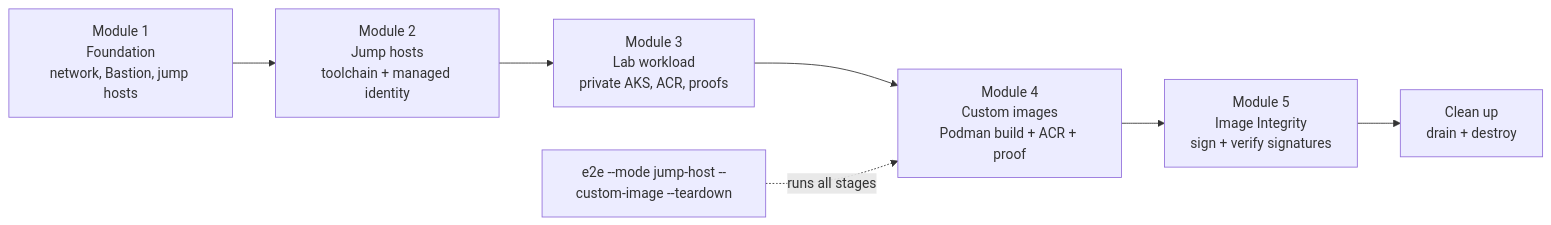
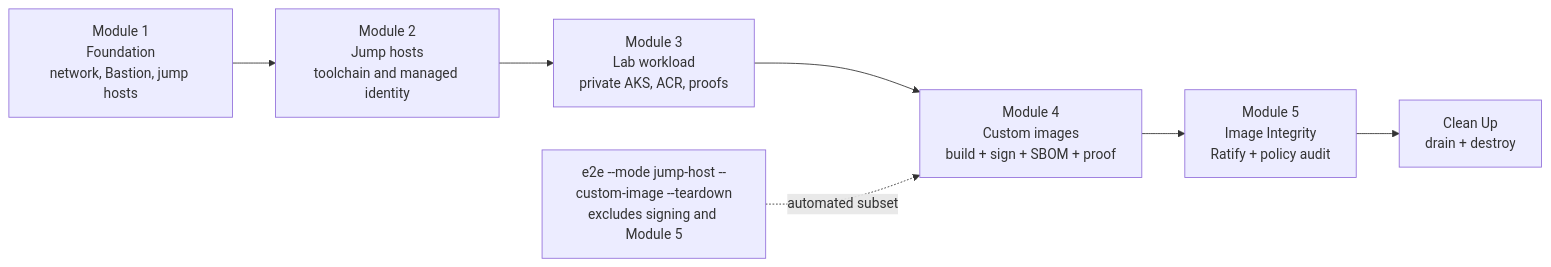
Before and after one commit to KenKilty/AKS-Anyscale-Private-Cluster-Sample: the diagram in docs/modules/intro.md, drawn with Mermaid. The commit also changed other lines of this file and 131 other files, not shown here.

````diff
--- a/docs/modules/intro.md
+++ b/docs/modules/intro.md
@@ -31,9 +31,9 @@
 ```mermaid
 flowchart LR
-    M1["Module 1<br/>Foundation<br/>network, Bastion, jump hosts"] --> M2["Module 2<br/>Jump hosts<br/>toolchain + managed identity"]
+    M1["Module 1<br/>Foundation<br/>network, Bastion, jump hosts"] --> M2["Module 2<br/>Jump hosts<br/>toolchain and managed identity"]
     M2 --> M3["Module 3<br/>Lab workload<br/>private AKS, ACR, proofs"]
-    M3 --> M4["Module 4<br/>Custom images<br/>Podman build + ACR + proof"]
-    M4 --> M5["Module 5<br/>Image Integrity<br/>sign + verify signatures"]
-    M5 --> Clean["Clean up<br/>drain + destroy"]
-    E2E["e2e --mode jump-host --custom-image --teardown"] -.runs all stages.-> M4
+    M3 --> M4["Module 4<br/>Custom images<br/>build + sign + SBOM + proof"]
+    M4 --> M5["Module 5<br/>Image Integrity<br/>Ratify + policy audit"]
+    M5 --> Clean["Clean Up<br/>drain + destroy"]
+    E2E["e2e --mode jump-host --custom-image --teardown<br/>excludes signing and Module 5"] -. automated subset .-> M4
 ```
````
